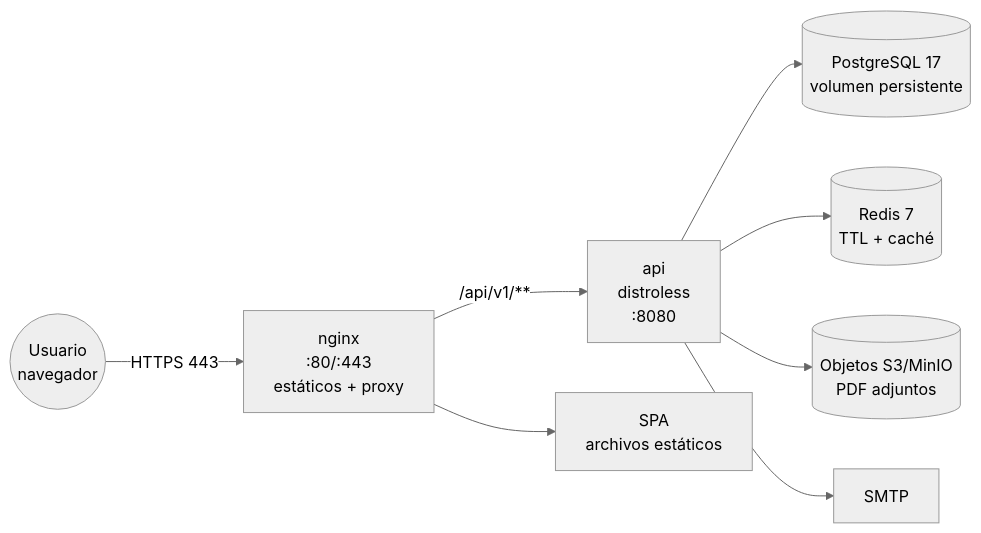
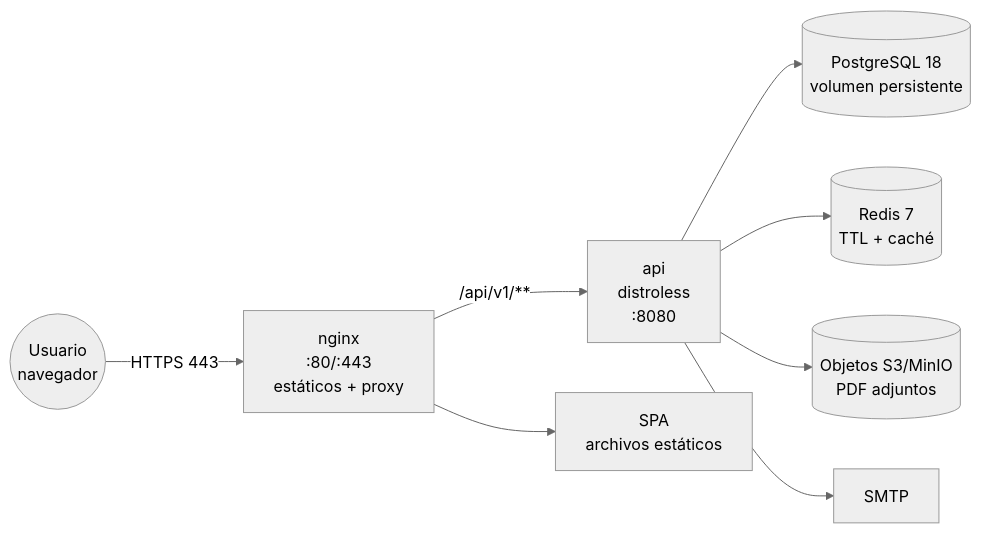
The diagram in docs/deployment/PRODUCTION_DEPLOYMENT.md (yan2005dris-afk/Framework-Examen), drawn with Mermaid (neutral theme) before and after one commit. The commit also changed other lines of this file and 10 other files, not shown here.

First line of the commit message:
docs: documenta PostgreSQL 18 y UUIDv7

````diff
--- a/docs/deployment/PRODUCTION_DEPLOYMENT.md
+++ b/docs/deployment/PRODUCTION_DEPLOYMENT.md
@@ -17,10 +17,10 @@
 ```mermaid
 flowchart LR
     U(("Usuario<br/>navegador")) -->|HTTPS 443| N["nginx<br/>:80/:443<br/>estáticos + proxy"]
     N -->|"/api/v1/**"| A["api<br/>distroless<br/>:8080"]
     N --> SPA["SPA<br/>archivos estáticos"]
-    A --> P[("PostgreSQL 17<br/>volumen persistente")]
+    A --> P[("PostgreSQL 18<br/>volumen persistente")]
     A --> R[("Redis 7<br/>TTL + caché")]
     A --> O[("Objetos S3/MinIO<br/>PDF adjuntos")]
     A --> S["SMTP"]
 ```
````
